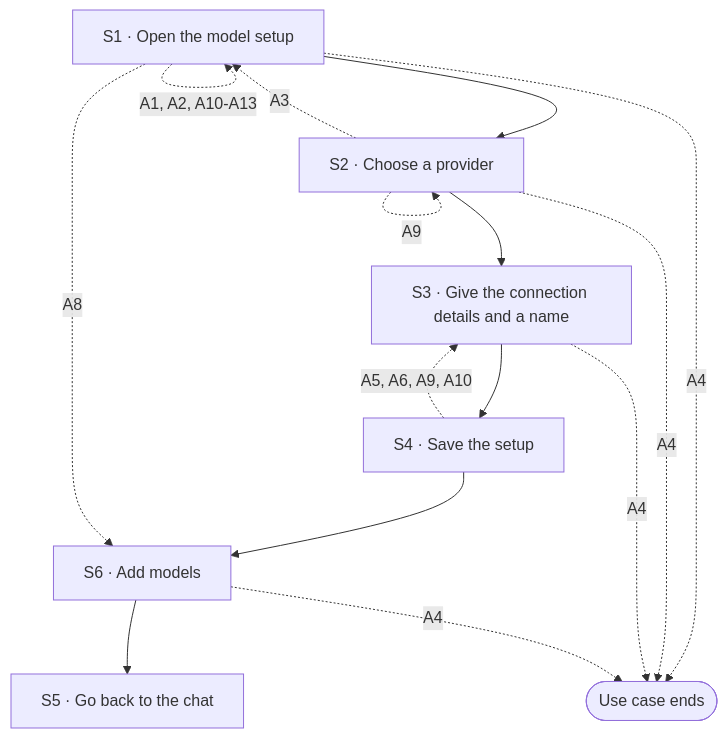
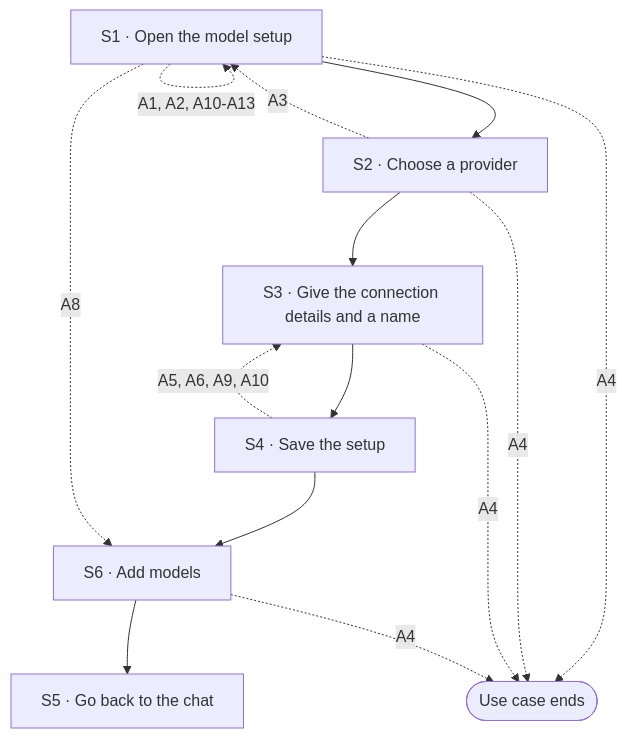
Before and after one commit to Luke23127006/DeckAgent: the diagram in docs/spec/03-use-cases/UC-005.md, drawn with Mermaid. The commit also changed other lines of this file and 18 other files, not shown here.

````diff
--- a/docs/spec/03-use-cases/UC-005.md
+++ b/docs/spec/03-use-cases/UC-005.md
@@ -17,20 +17,19 @@
 ```mermaid
 flowchart TD
   S1["S1 · Open the model setup"]
   S2["S2 · Choose a provider"]
   S3["S3 · Give the connection details and a name"]
   S4["S4 · Save the setup"]
   S6["S6 · Add models"]
   S5["S5 · Go back to the chat"]
   DONE(["Use case ends"])
   S1 --> S2 --> S3 --> S4 --> S6 --> S5
   S1 -.->|"A1, A2, A10-A13"| S1
   S1 -.->|"A4"| DONE
   S1 -.->|"A8"| S6
   S2 -.->|"A3"| S1
   S2 -.->|"A4"| DONE
-  S2 -.->|"A9"| S2
   S3 -.->|"A4"| DONE
   S4 -.->|"A5, A6, A9, A10"| S3
   S6 -.->|"A4"| DONE
 ```
````
